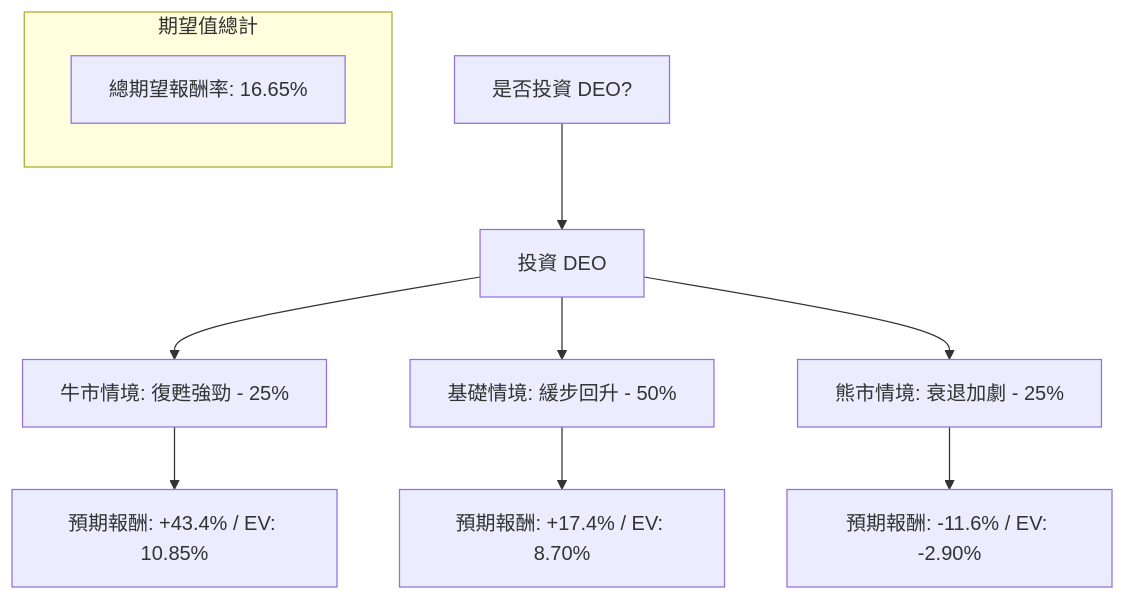
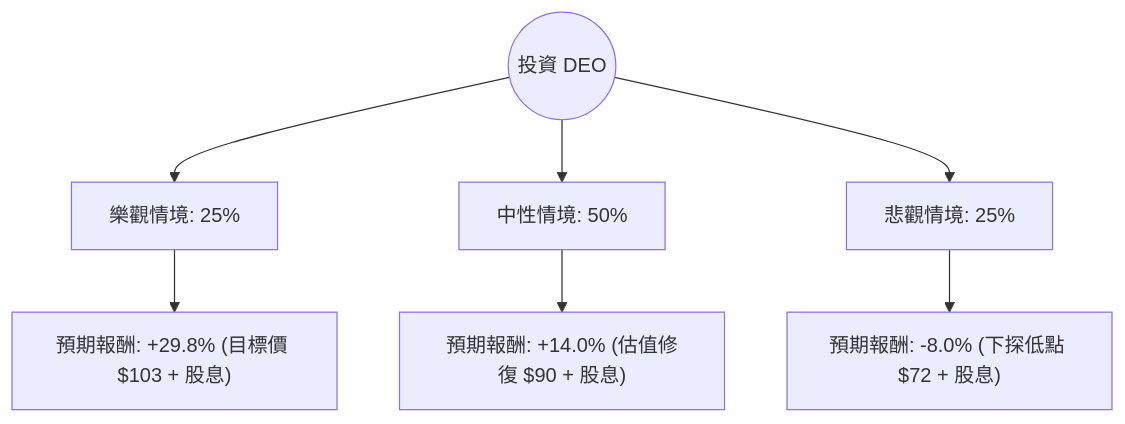
The diagram in plugin-react/ai-analysis/ev-analysis/DEO.md (zmcx16/zmcx16.github.io), drawn with Mermaid before and after one commit. The commit also changed other lines of this file and 50 other files, not shown here.

````diff
--- a/plugin-react/ai-analysis/ev-analysis/DEO.md
+++ b/plugin-react/ai-analysis/ev-analysis/DEO.md
@@ -19,16 +19,10 @@
 ```mermaid
 graph TD
-    Start[是否投資 DEO?] --> Invest[投資 DEO]
-    
-    Invest --> Bull[牛市情境: 復甦強勁 - 25%]
-    Invest --> Base[基礎情境: 緩步回升 - 50%]
-    Invest --> Bear[熊市情境: 衰退加劇 - 25%]
+    Start((投資 DEO)) --> Bull[樂觀情境: 25%]
+    Start --> Base[中性情境: 50%]
+    Start --> Bear[悲觀情境: 25%]
 
-    Bull --> Bull_EV[預期報酬: +43.4% / EV: 10.85%]
-    Base --> Base_EV[預期報酬: +17.4% / EV: 8.70%]
-    Bear --> Bear_EV[預期報酬: -11.6% / EV: -2.90%]
-
-    subgraph 期望值總計
-    Total_EV[總期望報酬率: 16.65%]
-    end
+    Bull --> Bull_EV["預期報酬: +29.8% (目標價 $103 + 股息)"]
+    Base --> Base_EV["預期報酬: +14.0% (估值修復 $90 + 股息)"]
+    Bear --> Bear_EV["預期報酬: -8.0% (下探低點 $72 + 股息)"]
 ```
````
